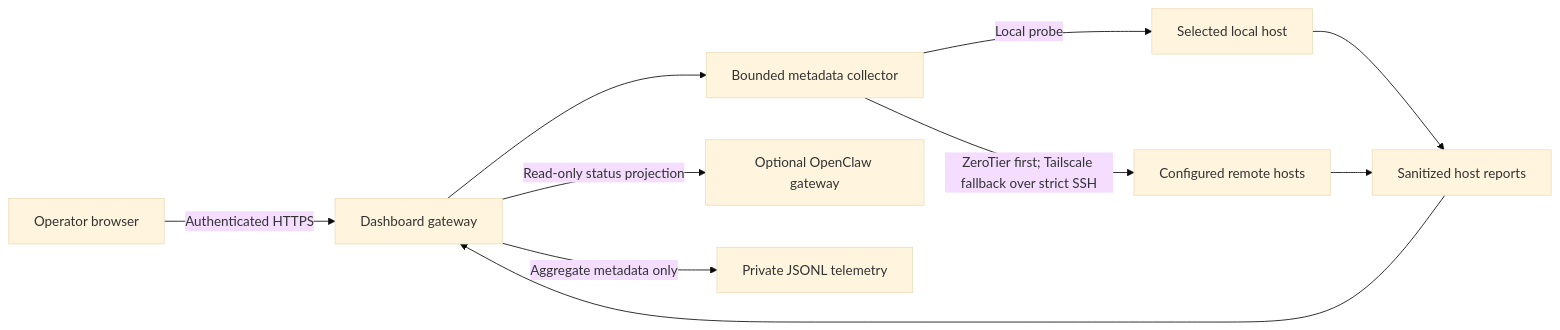
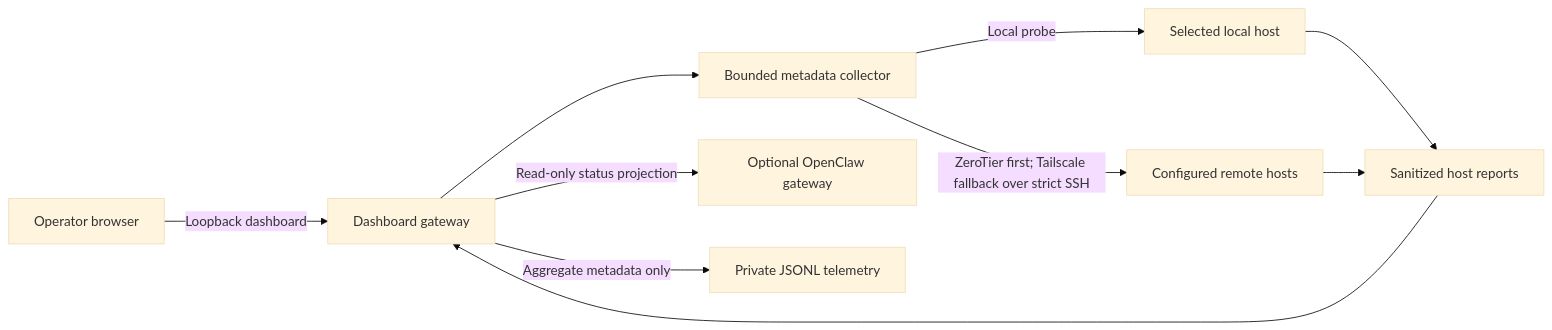
One commit to averyfreeman/codex-orchestrator-dashboard changed the first of 2 diagrams in docs/architecture.md. Above: the diagram before and after it, drawn with Mermaid (base theme). The commit also changed other lines of this file and 74 other files, not shown here.

````diff
--- a/docs/architecture.md
+++ b/docs/architecture.md
@@ -14,12 +14,12 @@
 ```mermaid
 flowchart LR
-    Browser[Operator browser] -->|Authenticated HTTPS| Gateway[Dashboard gateway]
+    Browser[Operator browser] -->|Loopback dashboard| Gateway[Dashboard gateway]
     Gateway --> Collector[Bounded metadata collector]
     Collector -->|Local probe| Local[Selected local host]
     Collector -->|ZeroTier first; Tailscale fallback over strict SSH| Remote[Configured remote hosts]
     Local --> Reports[Sanitized host reports]
     Remote --> Reports
     Gateway -->|Read-only status projection| OC[Optional OpenClaw gateway]
     Reports --> Gateway
     Gateway -->|Aggregate metadata only| JSONL[Private JSONL telemetry]
 ```
````
